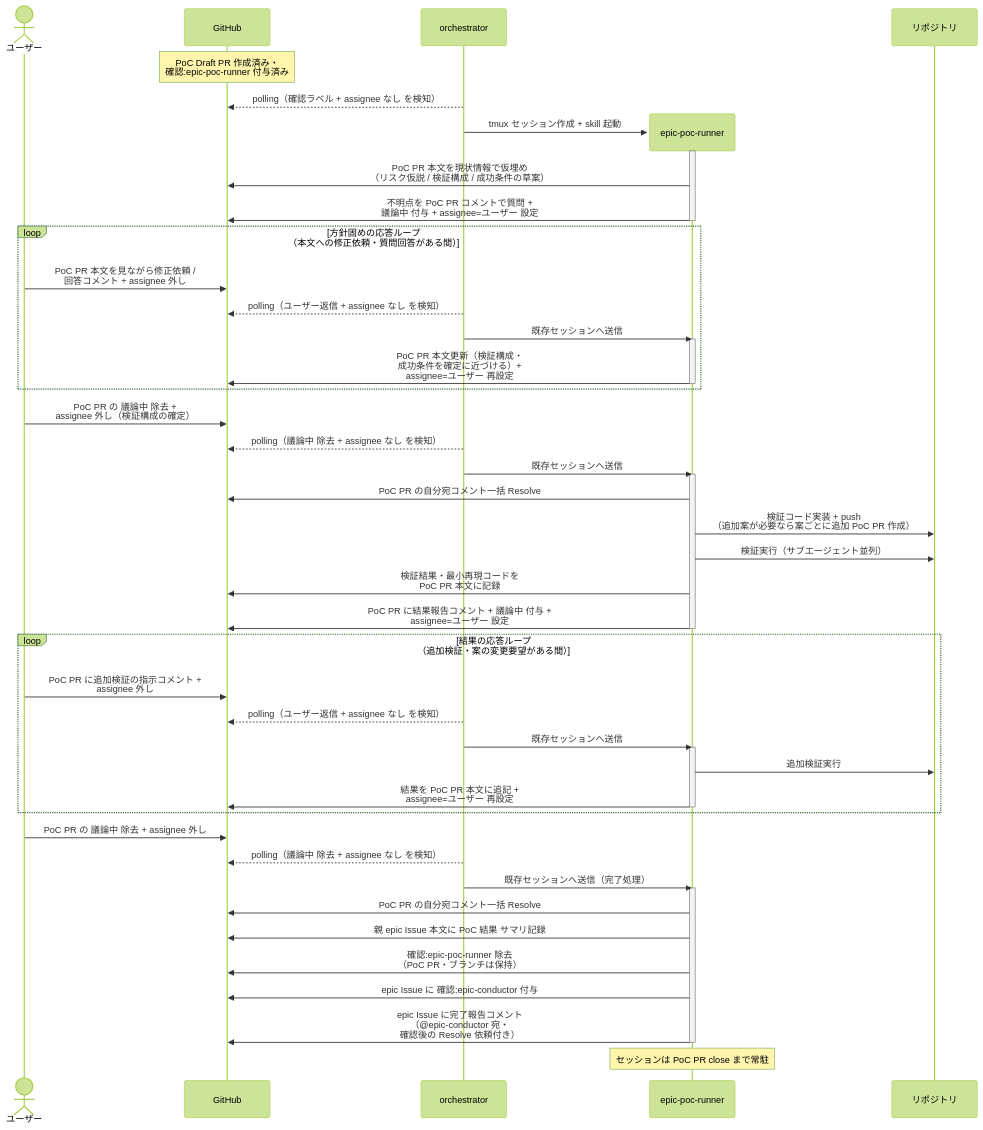
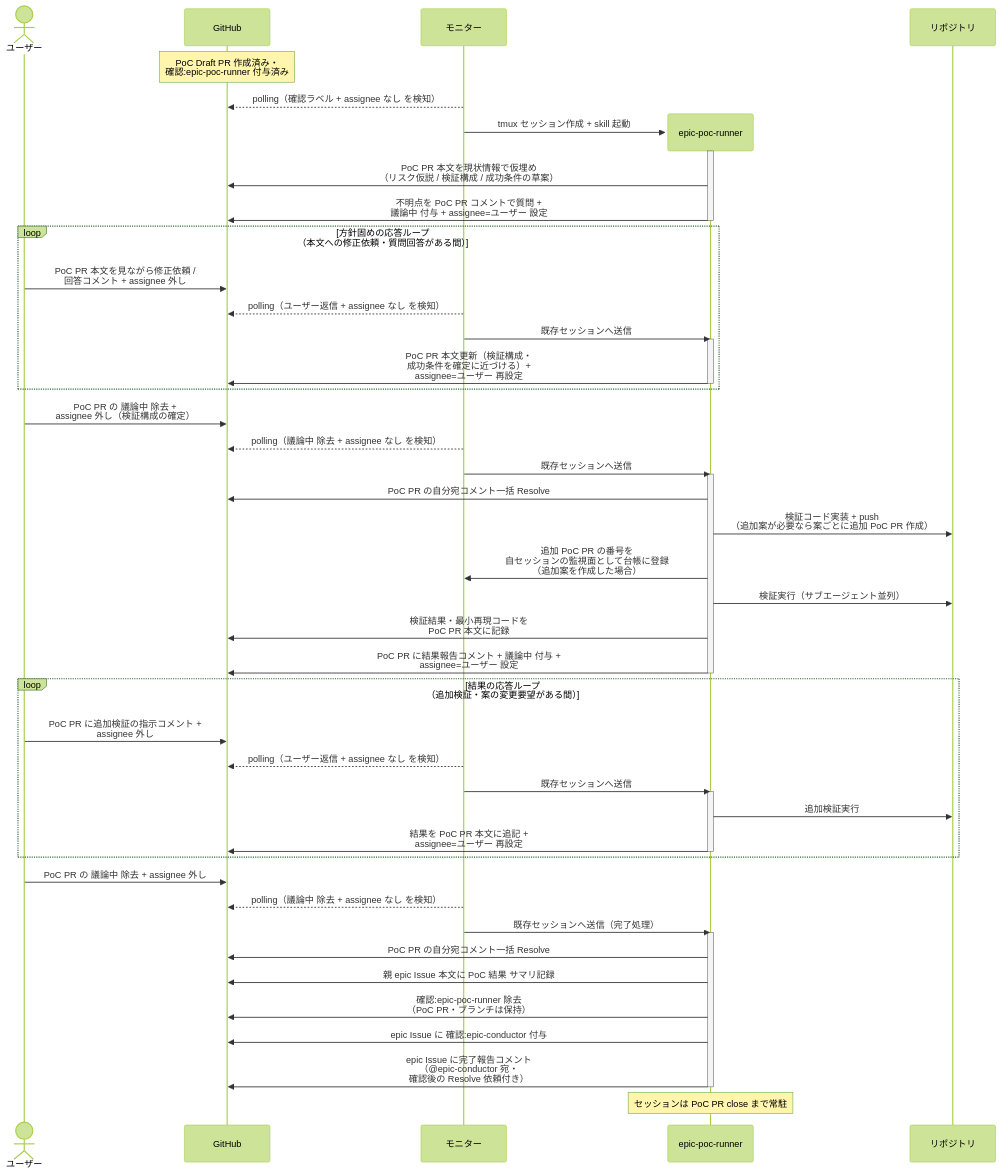
Before and after one commit to shuhei1101/ai-monitor: the first of 2 diagrams in docs/wiki/設計図/シナリオ/単一ユースケース/実現可能性PoC検証.md, drawn with Mermaid (forest theme). The commit also changed other lines of this file and 196 other files, not shown here.

````diff
--- a/docs/wiki/設計図/シナリオ/単一ユースケース/実現可能性PoC検証.md
+++ b/docs/wiki/設計図/シナリオ/単一ユースケース/実現可能性PoC検証.md
@@ -19,58 +21,59 @@
 ```mermaid
 sequenceDiagram
   actor U as ユーザー
   participant GH as GitHub
-  participant ORC as orchestrator
+  participant ORC as モニター
 
   Note over GH: PoC Draft PR 作成済み・<br>確認:epic-poc-runner 付与済み
   ORC-->>GH: polling（確認ラベル + assignee なし を検知）
   create participant MON as epic-poc-runner
   ORC->>MON: tmux セッション作成 + skill 起動
   participant REPO as リポジトリ
   activate MON
   MON->>GH: PoC PR 本文を現状情報で仮埋め<br>（リスク仮説 / 検証構成 / 成功条件の草案）
   MON->>GH: 不明点を PoC PR コメントで質問 +<br>議論中 付与 + assignee=ユーザー 設定
   deactivate MON
 
   loop 方針固めの応答ループ<br>（本文への修正依頼・質問回答がある間）
     U->>GH: PoC PR 本文を見ながら修正依頼 /<br>回答コメント + assignee 外し
     ORC-->>GH: polling（ユーザー返信 + assignee なし を検知）
     ORC->>MON: 既存セッションへ送信
     activate MON
     MON->>GH: PoC PR 本文更新（検証構成・<br>成功条件を確定に近づける）+<br>assignee=ユーザー 再設定
     deactivate MON
   end
 
   U->>GH: PoC PR の 議論中 除去 +<br>assignee 外し（検証構成の確定）
   ORC-->>GH: polling（議論中 除去 + assignee なし を検知）
   ORC->>MON: 既存セッションへ送信
   activate MON
   MON->>GH: PoC PR の自分宛コメント一括 Resolve
   MON->>REPO: 検証コード実装 + push<br>（追加案が必要なら案ごとに追加 PoC PR 作成）
+  MON->>ORC: 追加 PoC PR の番号を<br>自セッションの監視面として台帳に登録<br>（追加案を作成した場合）
   MON->>REPO: 検証実行（サブエージェント並列）
   MON->>GH: 検証結果・最小再現コードを<br>PoC PR 本文に記録
   MON->>GH: PoC PR に結果報告コメント + 議論中 付与 +<br>assignee=ユーザー 設定
   deactivate MON
 
   loop 結果の応答ループ<br>（追加検証・案の変更要望がある間）
     U->>GH: PoC PR に追加検証の指示コメント +<br>assignee 外し
     ORC-->>GH: polling（ユーザー返信 + assignee なし を検知）
     ORC->>MON: 既存セッションへ送信
     activate MON
     MON->>REPO: 追加検証実行
     MON->>GH: 結果を PoC PR 本文に追記 +<br>assignee=ユーザー 再設定
     deactivate MON
   end
 
   U->>GH: PoC PR の 議論中 除去 + assignee 外し
   ORC-->>GH: polling（議論中 除去 + assignee なし を検知）
   ORC->>MON: 既存セッションへ送信（完了処理）
   activate MON
   MON->>GH: PoC PR の自分宛コメント一括 Resolve
   MON->>GH: 親 epic Issue 本文に PoC 結果 サマリ記録
   MON->>GH: 確認:epic-poc-runner 除去<br>（PoC PR・ブランチは保持）
   MON->>GH: epic Issue に 確認:epic-conductor 付与
   MON->>GH: epic Issue に完了報告コメント<br>（@epic-conductor 宛・<br>確認後の Resolve 依頼付き）
   deactivate MON
   Note over MON: セッションは PoC PR close まで常駐
 ```
````
